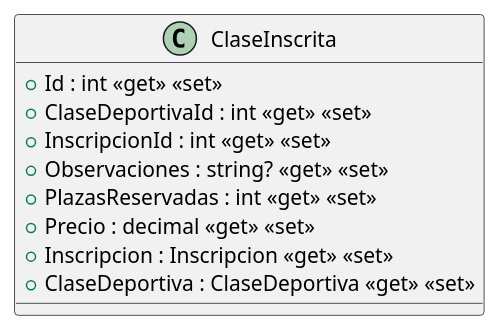
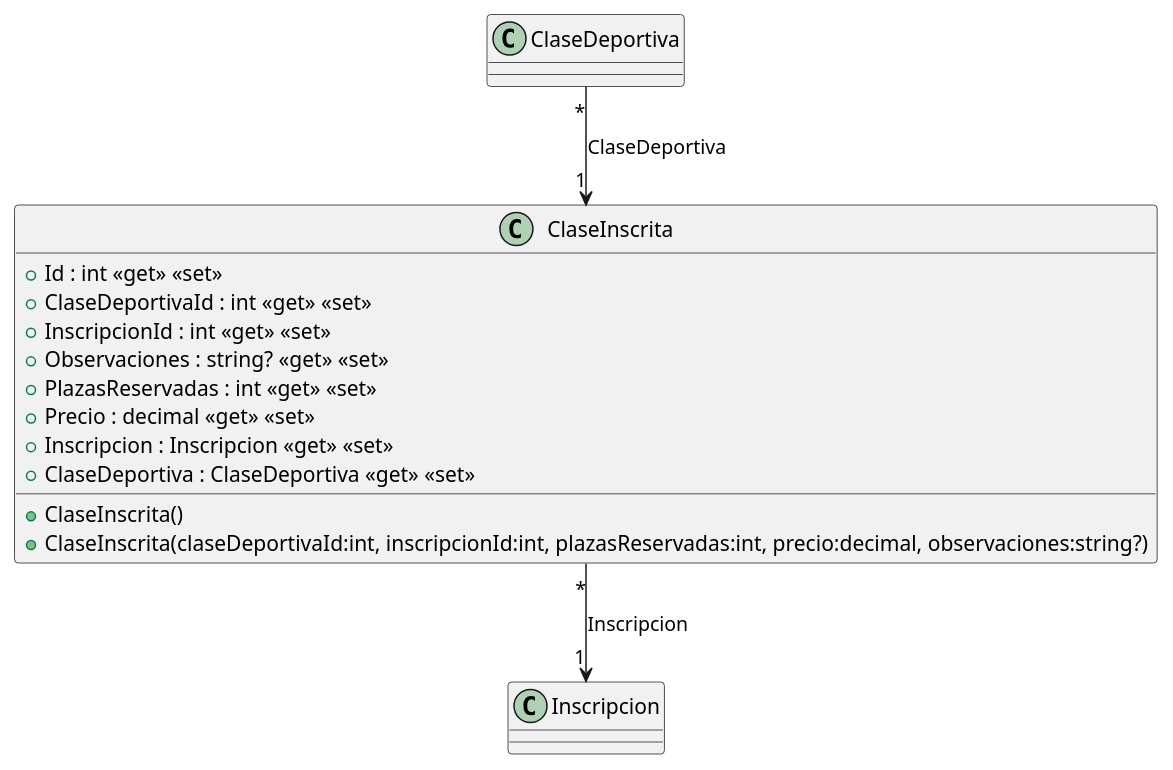
The diagram in src/AppForSEII.API/ClassDiagram/ClaseInscrita.puml (ISII26-27RJD/ISII2627-RDJ), drawn with PlantUML before and after one commit. The commit also changed 21 other files, not shown here.

```diff
--- a/src/AppForSEII.API/ClassDiagram/ClaseInscrita.puml
+++ b/src/AppForSEII.API/ClassDiagram/ClaseInscrita.puml
@@ -1,12 +1,17 @@
 @startuml
 class ClaseInscrita {
+    + ClaseInscrita()
+    + ClaseInscrita(claseDeportivaId:int, inscripcionId:int, plazasReservadas:int, precio:decimal, observaciones:string?)
     + Id : int <<get>> <<set>>
     + ClaseDeportivaId : int <<get>> <<set>>
     + InscripcionId : int <<get>> <<set>>
     + Observaciones : string? <<get>> <<set>>
     + PlazasReservadas : int <<get>> <<set>>
     + Precio : decimal <<get>> <<set>>
     + Inscripcion : Inscripcion <<get>> <<set>>
     + ClaseDeportiva : ClaseDeportiva <<get>> <<set>>
 }
+
+ClaseInscrita "*" --> "1" Inscripcion : Inscripcion
+ClaseDeportiva "*" --> "1" ClaseInscrita : ClaseDeportiva
 @enduml
```
